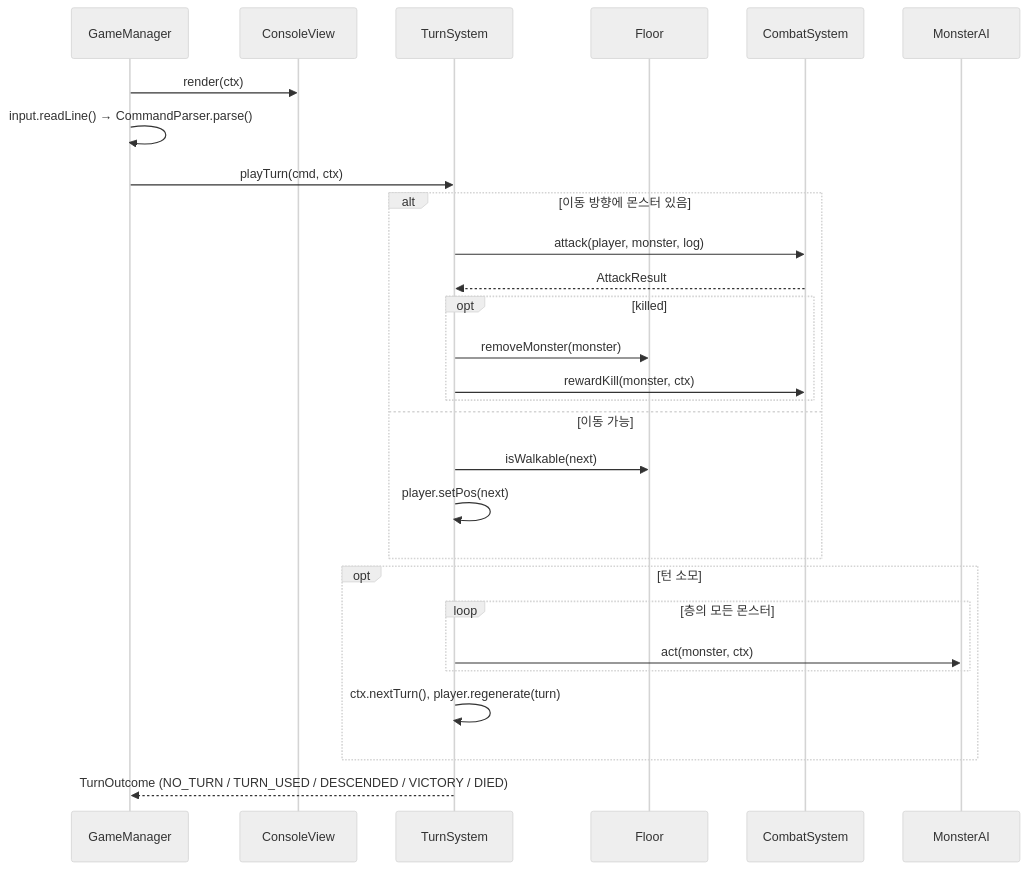
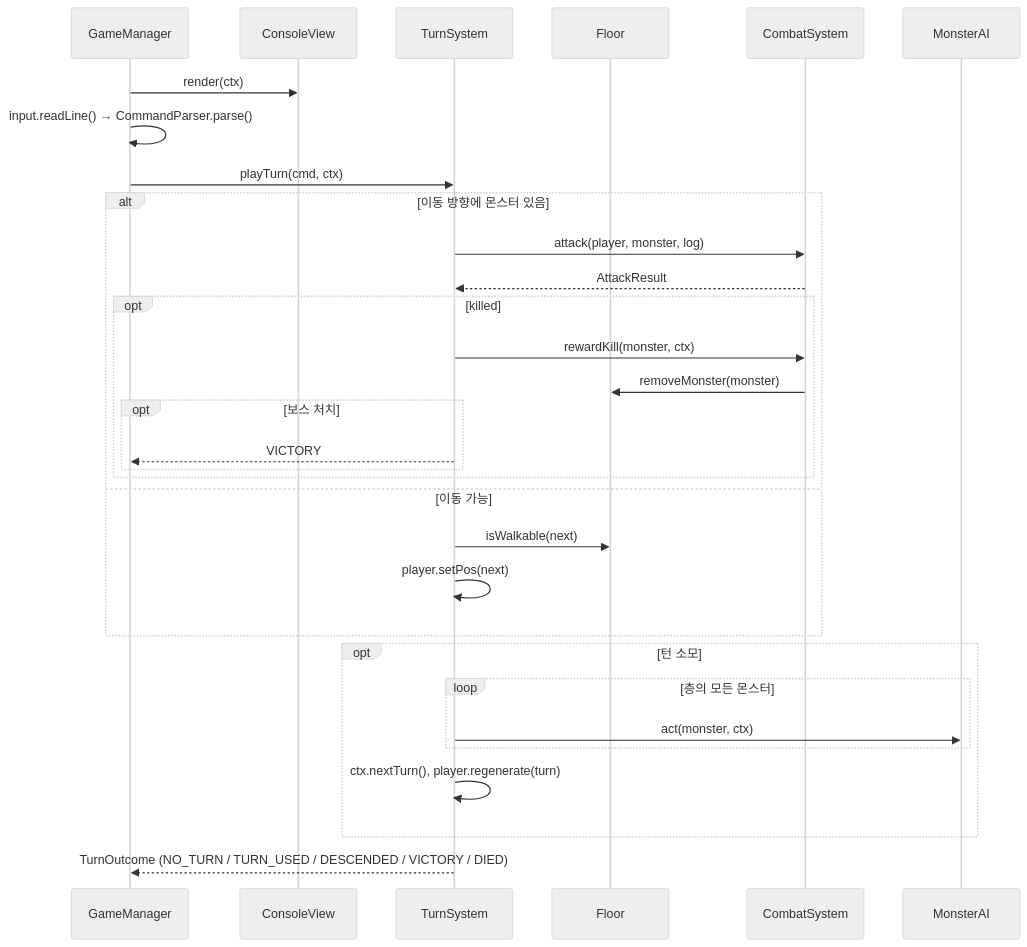
The ninth of 9 diagrams in docs/Class-Diagram.md (likelion-boot-camp-28th/side-project01-team01), drawn with Mermaid (neutral theme) before and after one commit. The commit also changed 1 other file, not shown here.

Commit message:
feat: TurnSystem 기능 개발
- 게임 내 플레이어/몬스터의 턴 행동을 처리한다.
- 턴 순서를 해당 클래스에서 정하므로 GameManager는 PlayTurn() 결과만 보고 화면을 변경한다.
- Equip 관련 내용 추가합의 필요 (현재 TODO 처리)

````diff
--- a/docs/Class-Diagram.md
+++ b/docs/Class-Diagram.md
@@ -898,31 +898,34 @@
 ```mermaid
 sequenceDiagram
     participant GM as GameManager
     participant V as ConsoleView
     participant TS as TurnSystem
     participant F as Floor
     participant CS as CombatSystem
     participant AI as MonsterAI
 
     GM->>V: render(ctx)
     GM->>GM: input.readLine() → CommandParser.parse()
     GM->>TS: playTurn(cmd, ctx)
     alt 이동 방향에 몬스터 있음
         TS->>CS: attack(player, monster, log)
         CS-->>TS: AttackResult
         opt killed
-            TS->>F: removeMonster(monster)
             TS->>CS: rewardKill(monster, ctx)
+            CS->>F: removeMonster(monster)
+            opt 보스 처치
+                TS-->>GM: VICTORY
+            end
         end
     else 이동 가능
         TS->>F: isWalkable(next)
         TS->>TS: player.setPos(next)
     end
     opt 턴 소모
         loop 층의 모든 몬스터
             TS->>AI: act(monster, ctx)
         end
         TS->>TS: ctx.nextTurn(), player.regenerate(turn)
     end
     TS-->>GM: TurnOutcome (NO_TURN / TURN_USED / DESCENDED / VICTORY / DIED)
 ```
````
